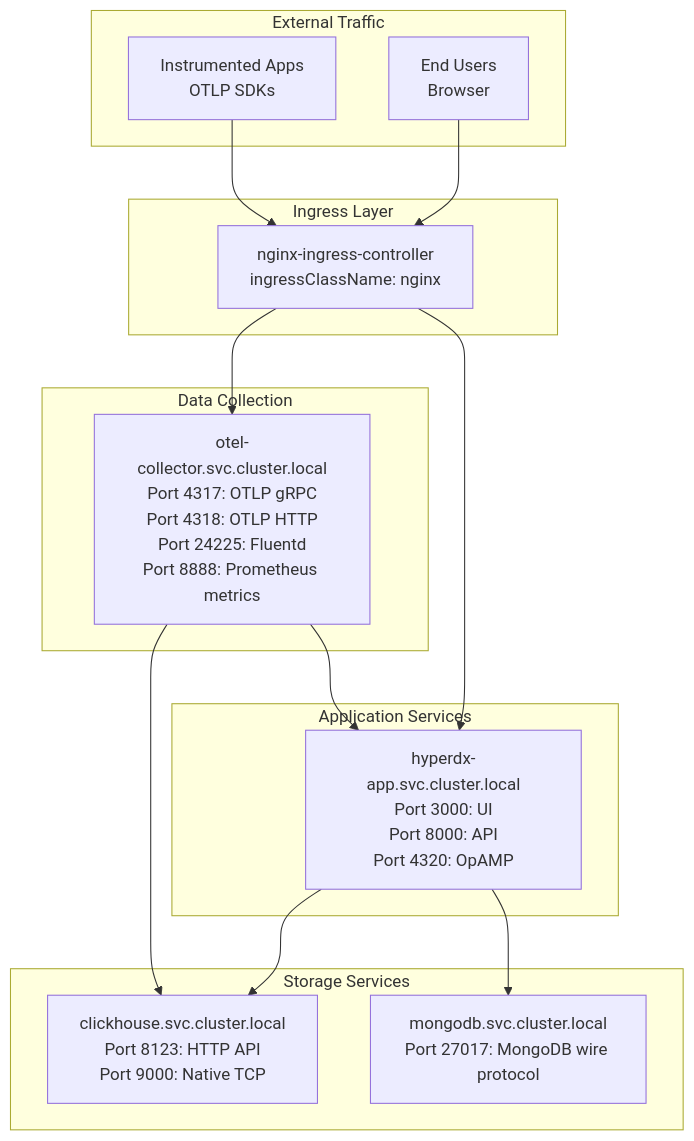
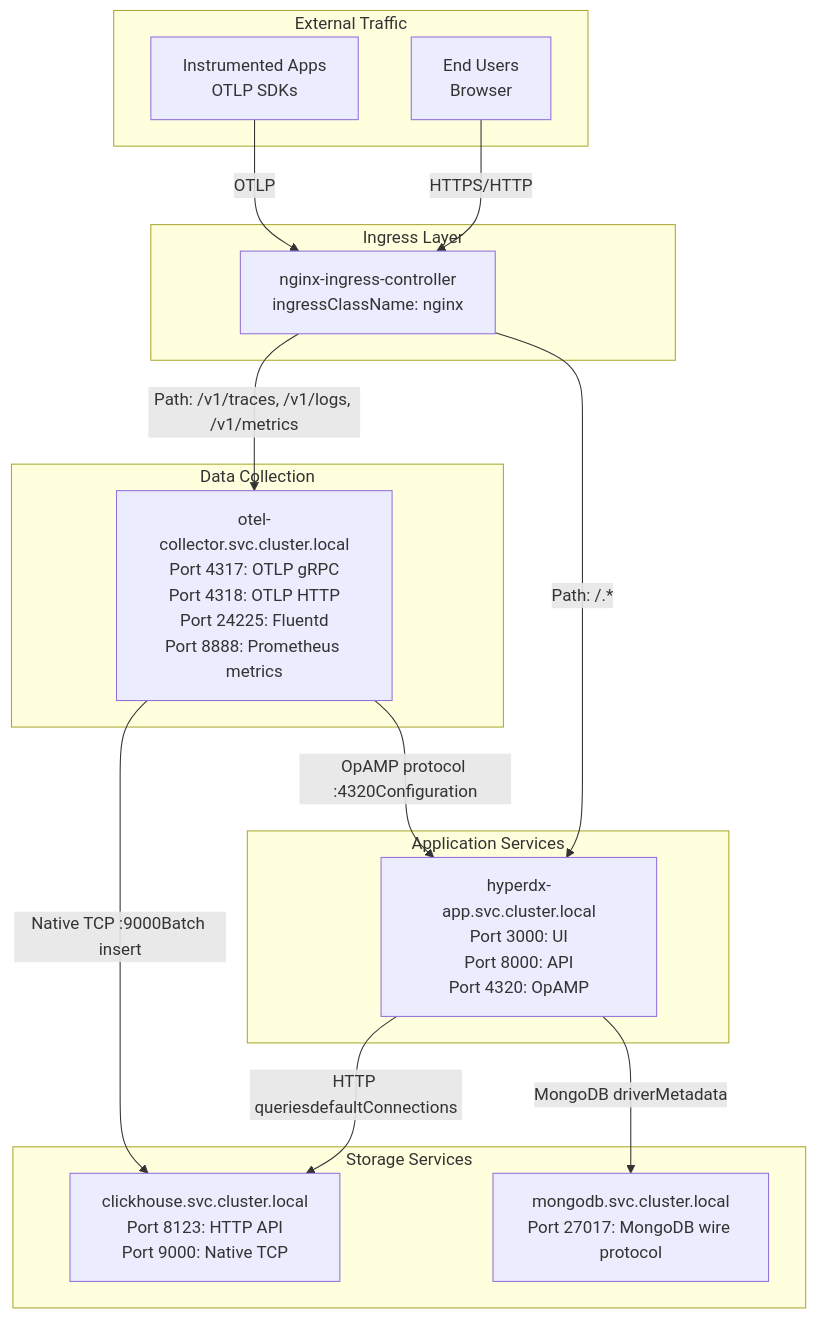
One commit to openchoreo/openchoreo changed the third of 4 diagrams in docs/hyperdxio-helm-charts-docs/Overview.md. Above: the diagram before and after it, drawn with Mermaid. The commit also changed other lines of this file and 85 other files, not shown here.

Commit message:
feat: Add new workflow and specification templates, update Helm chart dependencies, and clarify documentation diagrams.

````diff
--- a/docs/hyperdxio-helm-charts-docs/Overview.md
+++ b/docs/hyperdxio-helm-charts-docs/Overview.md
@@ -221,42 +221,42 @@
 ```mermaid
 flowchart TD
 
 Users["End Users<br>Browser"]
 TelemetryApps["Instrumented Apps<br>OTLP SDKs"]
 NginxIngress["nginx-ingress-controller<br>ingressClassName: nginx"]
 AppSvc["hyperdx-app.svc.cluster.local<br>Port 3000: UI<br>Port 8000: API<br>Port 4320: OpAMP"]
 OTELSvc["otel-collector.svc.cluster.local<br>Port 4317: OTLP gRPC<br>Port 4318: OTLP HTTP<br>Port 24225: Fluentd<br>Port 8888: Prometheus metrics"]
 CHSvc["clickhouse.svc.cluster.local<br>Port 8123: HTTP API<br>Port 9000: Native TCP"]
 MongoSvc["mongodb.svc.cluster.local<br>Port 27017: MongoDB wire protocol"]
 
-Users --> NginxIngress
-TelemetryApps --> NginxIngress
-NginxIngress --> AppSvc
-NginxIngress --> OTELSvc
-AppSvc --> CHSvc
-AppSvc --> MongoSvc
-OTELSvc --> CHSvc
-OTELSvc --> AppSvc
+Users -->|"HTTPS/HTTP"| NginxIngress
+TelemetryApps -->|"OTLP"| NginxIngress
+NginxIngress -->|"Path: /.*"| AppSvc
+NginxIngress -->|"Path: /v1/traces, /v1/logs, /v1/metrics"| OTELSvc
+AppSvc -->|"HTTP queriesdefaultConnections"| CHSvc
+AppSvc -->|"MongoDB driverMetadata"| MongoSvc
+OTELSvc -->|"Native TCP :9000Batch insert"| CHSvc
+OTELSvc -->|"OpAMP protocol :4320Configuration"| AppSvc
 
 subgraph subGraph4 ["Storage Services"]
     CHSvc
     MongoSvc
 end
 
 subgraph subGraph3 ["Data Collection"]
     OTELSvc
 end
 
 subgraph subGraph2 ["Application Services"]
     AppSvc
 end
 
 subgraph subGraph1 ["Ingress Layer"]
     NginxIngress
 end
 
 subgraph subGraph0 ["External Traffic"]
     Users
     TelemetryApps
 end
 ```
````
